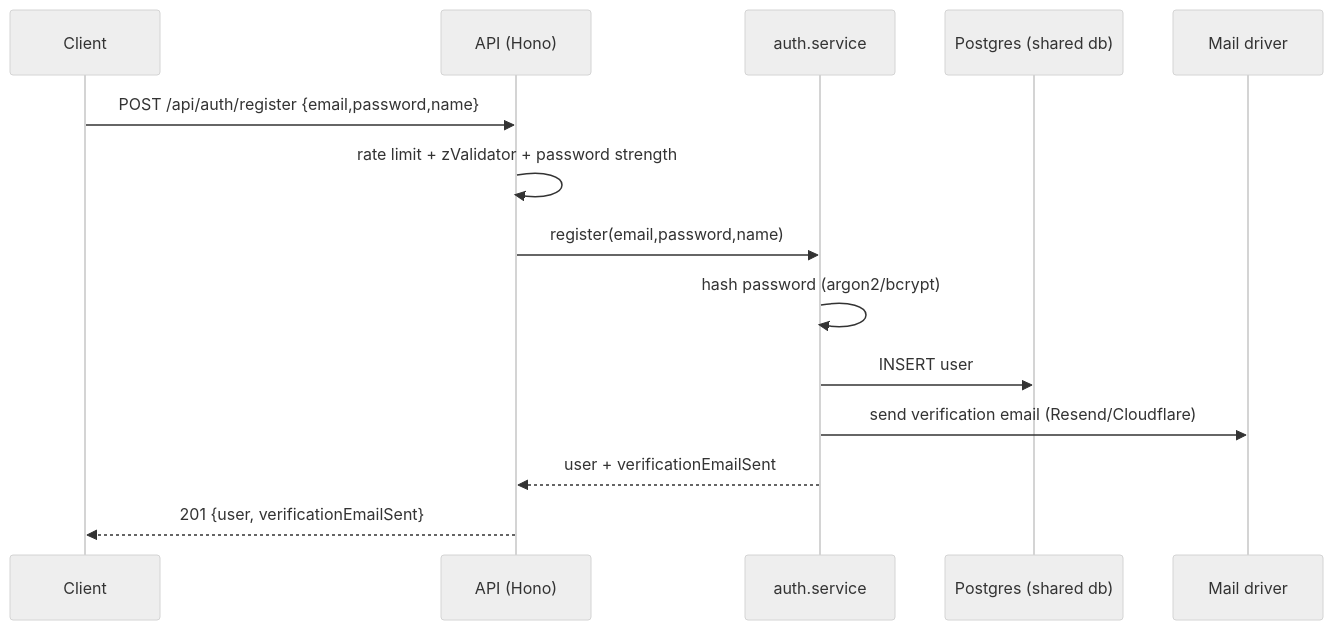
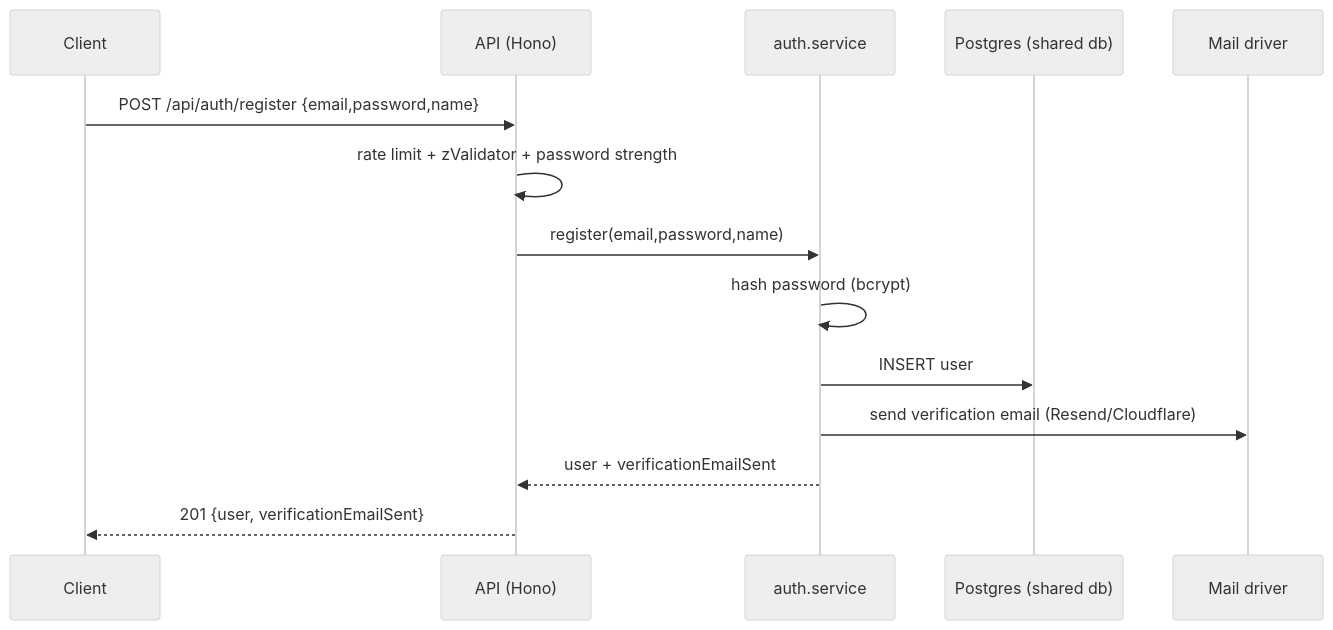
One commit to ygncode/wateaminbox changed the first of 3 diagrams in docs/apis/auth.md. Above: the diagram before and after it, drawn with Mermaid (neutral theme). The commit also changed other lines of this file and 27 other files, not shown here.

````diff
--- a/docs/apis/auth.md
+++ b/docs/apis/auth.md
@@ -32,16 +32,16 @@
 ```mermaid
 sequenceDiagram
     participant C as Client
     participant A as API (Hono)
     participant S as auth.service
     participant D as Postgres (shared db)
     participant M as Mail driver
     C->>A: POST /api/auth/register {email,password,name}
     A->>A: rate limit + zValidator + password strength
     A->>S: register(email,password,name)
-    S->>S: hash password (argon2/bcrypt)
+    S->>S: hash password (bcrypt)
     S->>D: INSERT user
     S->>M: send verification email (Resend/Cloudflare)
     S-->>A: user + verificationEmailSent
     A-->>C: 201 {user, verificationEmailSent}
 ```
````
